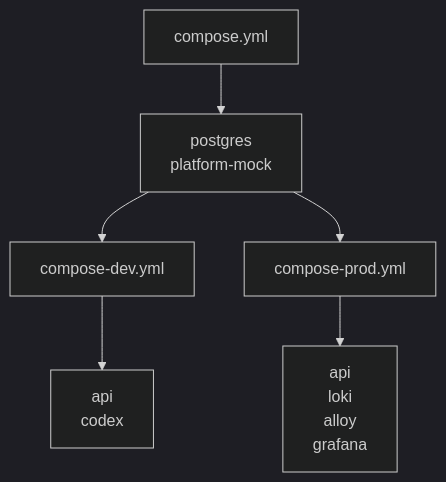
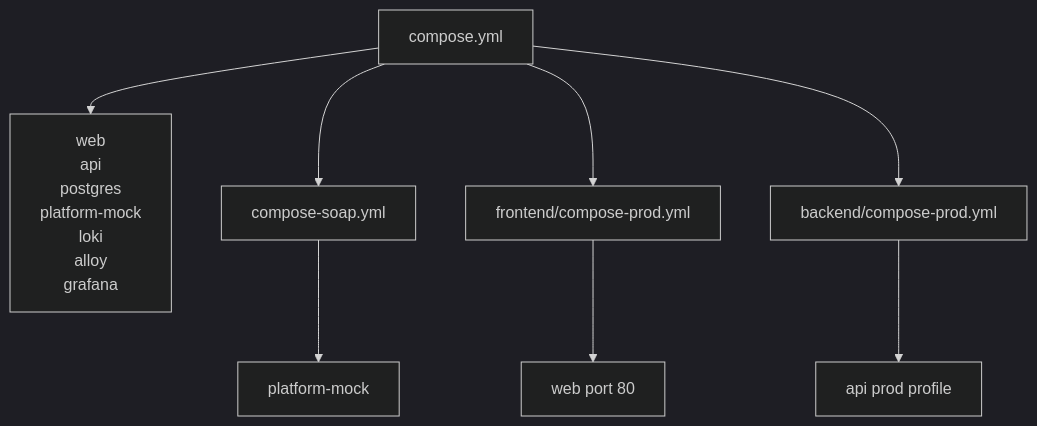
The first of 3 diagrams in docs/DEPLOYMENT.md (meowpow-png/wifi-admin), drawn with Mermaid (dark theme) before and after one commit. The commit also changed other lines of this file, not shown here.

````diff
--- a/docs/DEPLOYMENT.md
+++ b/docs/DEPLOYMENT.md
@@ -11,18 +11,23 @@
 ```mermaid
 flowchart TD
-    BASE_NOTE["compose.yml"]
-    BASE["postgres<br/>platform-mock"]
+    PROD_NOTE["compose.yml"]
+    PROD["web<br/>api<br/>postgres<br/>platform-mock<br/>loki<br/>alloy<br/>grafana"]
 
-    DEV_NOTE["compose-dev.yml"]
-    DEV["api<br/>codex"]
+    SOAP_NOTE["compose-soap.yml"]
+    SOAP["platform-mock"]
 
-    PROD_NOTE["compose-prod.yml"]
-    PROD["api<br/>loki<br/>alloy<br/>grafana"]
+    FRONTEND_PROD_NOTE["frontend/compose-prod.yml"]
+    FRONTEND_PROD["web port 80"]
 
-    BASE_NOTE --> BASE
-    DEV_NOTE --> DEV
+    BACKEND_PROD_NOTE["backend/compose-prod.yml"]
+    BACKEND_PROD["api prod profile"]
+
     PROD_NOTE --> PROD
+    PROD_NOTE --> SOAP_NOTE
+    PROD_NOTE --> FRONTEND_PROD_NOTE
+    PROD_NOTE --> BACKEND_PROD_NOTE
 
-    BASE --> DEV_NOTE
-    BASE --> PROD_NOTE
+    SOAP_NOTE --> SOAP
+    FRONTEND_PROD_NOTE --> FRONTEND_PROD
+    BACKEND_PROD_NOTE --> BACKEND_PROD
 ```
````
